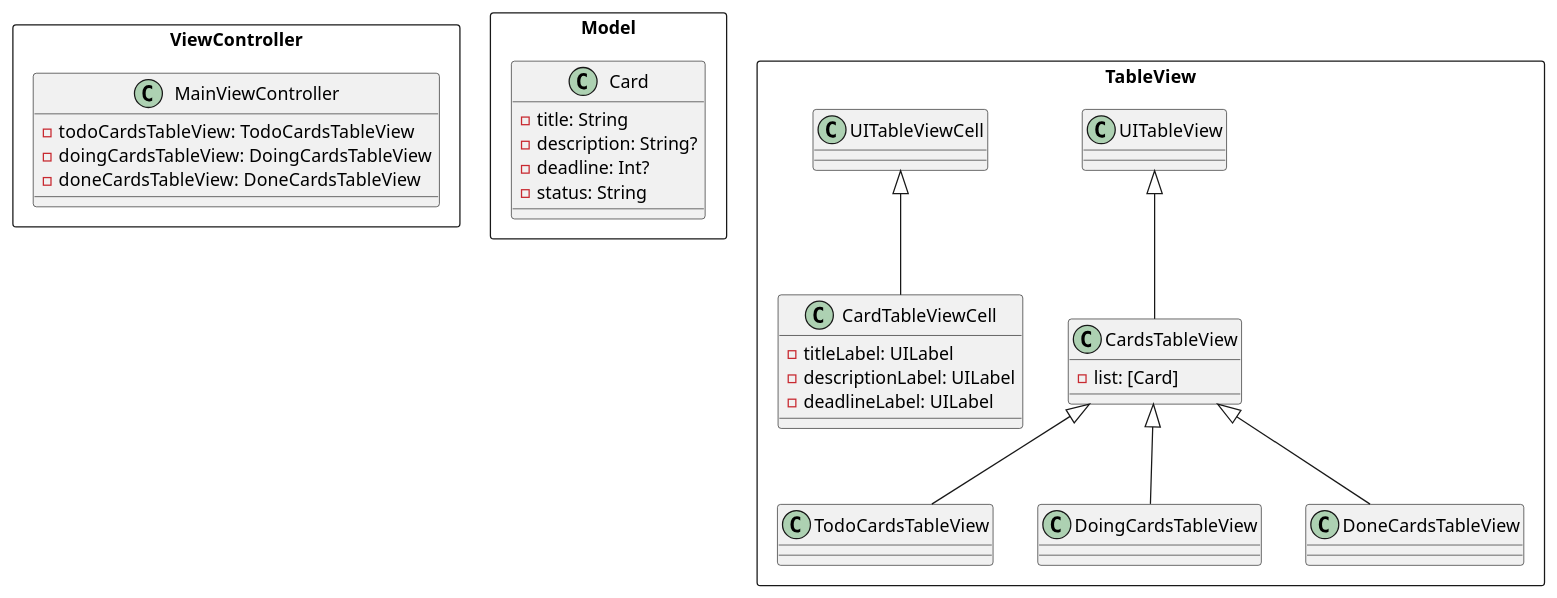
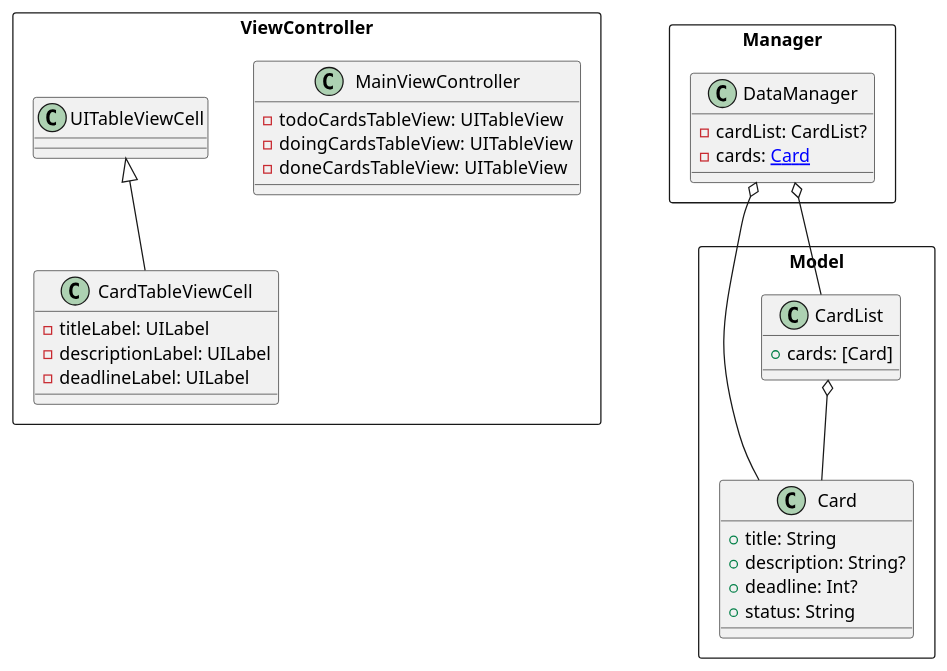
One commit to yagom-academy/ios-project-manager changed the diagram in UML.puml. Above: the diagram before and after it, drawn with PlantUML.

Commit message:
docs: update UML

```diff
--- a/UML.puml
+++ b/UML.puml
@@ -1,54 +1,44 @@
 @startuml
 
 package ViewController <<Rectangle>> {
     class MainViewController {
-        -todoCardsTableView: TodoCardsTableView
-        -doingCardsTableView: DoingCardsTableView
-        -doneCardsTableView: DoneCardsTableView
+        -todoCardsTableView: UITableView
+        -doingCardsTableView: UITableView
+        -doneCardsTableView: UITableView
     }
-}
-
-package Model <<Rectangle>> {
-    class Card {
-        -title: String
-        -description: String?
-        -deadline: Int?
-        -status: String
-    }
-}
-
-
-package TableView <<Rectangle>> {
-    class UITableView
-
-    class CardsTableView {
-        -list: [Card]
-    }
-
-    class TodoCardsTableView {
-
-    }
-
-    class DoingCardsTableView {
-
-    }
-
-    class DoneCardsTableView {
-
-    }
-
-    UITableView <|-- CardsTableView
-    CardsTableView <|-- TodoCardsTableView
-    CardsTableView <|-- DoingCardsTableView
-    CardsTableView <|-- DoneCardsTableView
-
+    
     class UITableViewCell
     class CardTableViewCell {
         -titleLabel: UILabel
         -descriptionLabel: UILabel
         -deadlineLabel: UILabel
     }
     UITableViewCell <|-- CardTableViewCell
 }
 
+package Model <<Rectangle>> {
+    class Card {
+        +title: String
+        +description: String?
+        +deadline: Int?
+        +status: String
+    }
+    
+    class CardList {
+        +cards: [Card]
+    }
+    
+    CardList o-- Card
+}
+
+package Manager <<Rectangle>> {
+    class DataManager {
+        -cardList: CardList?
+        -cards: [[Card]]
+    }
+    
+    DataManager o-- Card
+    DataManager o-- CardList
+}
+
 @enduml
```
